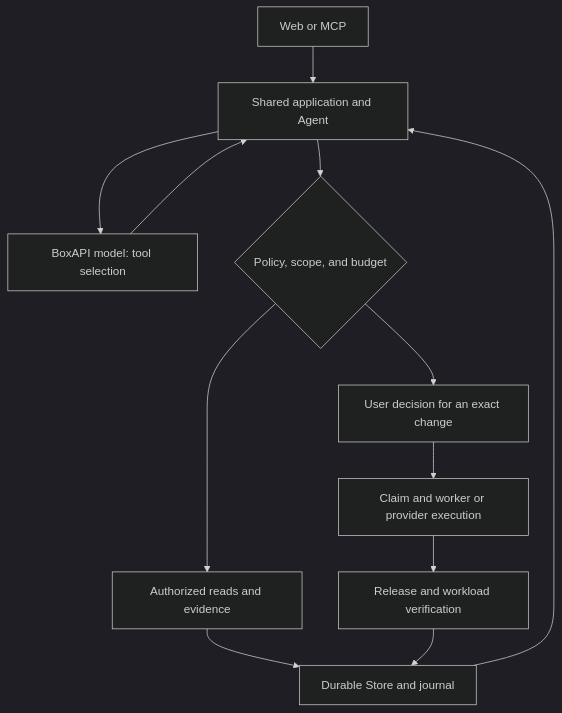
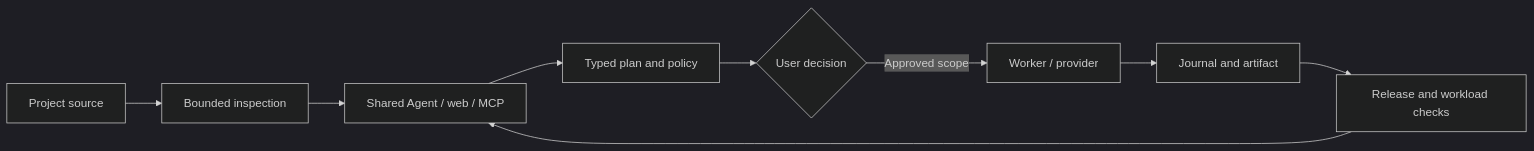
One commit to Pezhm4n/launchlane changed the diagram in README.en.md. Above: the diagram before and after it, drawn with Mermaid (dark theme). The commit also changed other lines of this file and 166 other files, not shown here.

````diff
--- a/README.en.md
+++ b/README.en.md
@@ -96,14 +69,11 @@
 ```mermaid
-flowchart TD
-    U["Web or MCP"] --> A["Shared application and Agent"]
-    A --> M["BoxAPI model: tool selection"]
-    M --> A
-    A --> P{"Policy, scope, and budget"}
-    P --> R["Authorized reads and evidence"]
-    P --> H["User decision for an exact change"]
-    H --> X["Claim and worker or provider execution"]
-    X --> V["Release and workload verification"]
-    R --> S["Durable Store and journal"]
-    V --> S
-    S --> A
+flowchart LR
+    S[Project source] --> I[Bounded inspection]
+    I --> A[Shared Agent / web / MCP]
+    A --> P[Typed plan and policy]
+    P --> D{User decision}
+    D -->|Approved scope| E[Worker / provider]
+    E --> J[Journal and artifact]
+    J --> V[Release and workload checks]
+    V --> A
 ```
````
